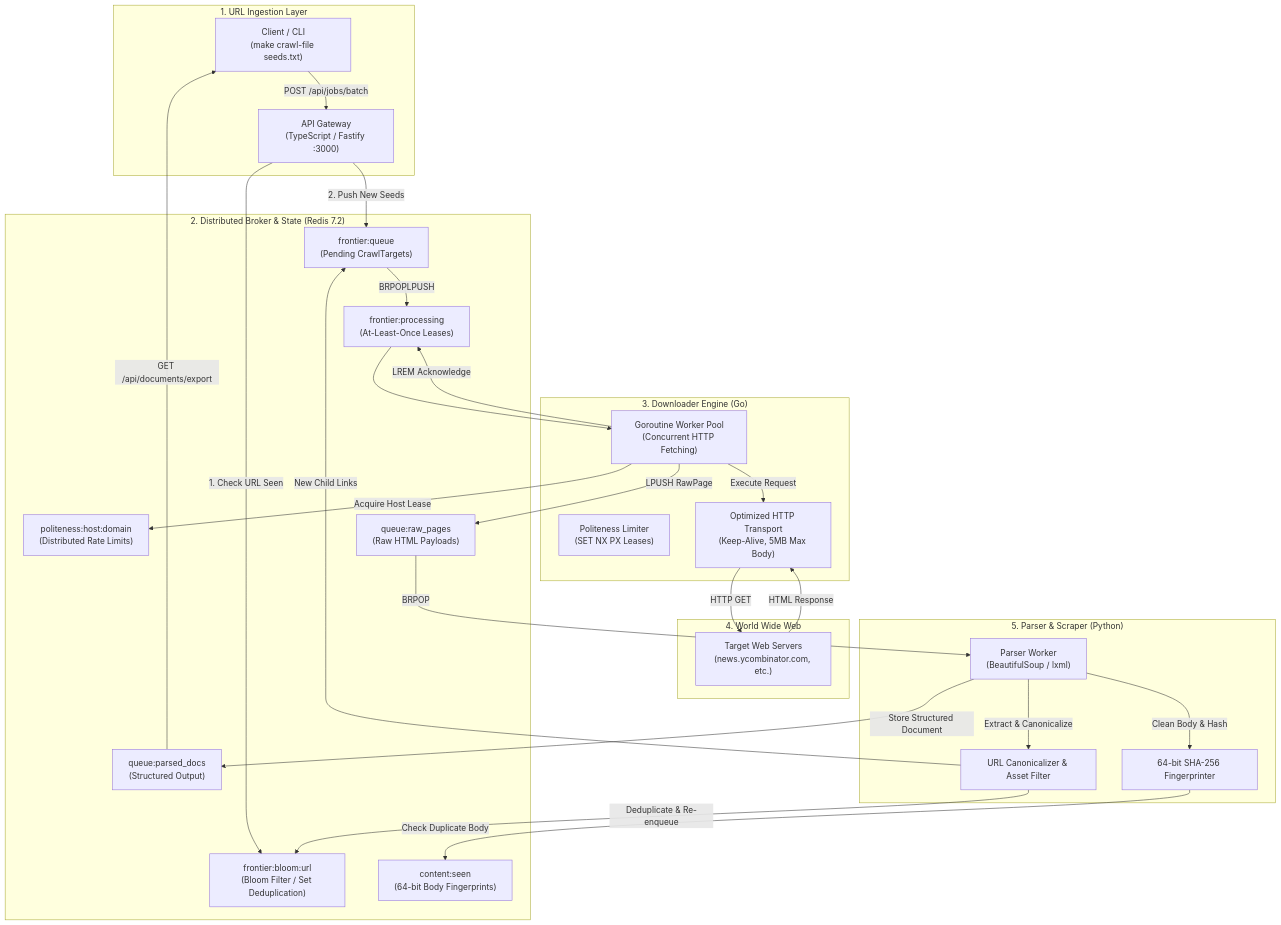
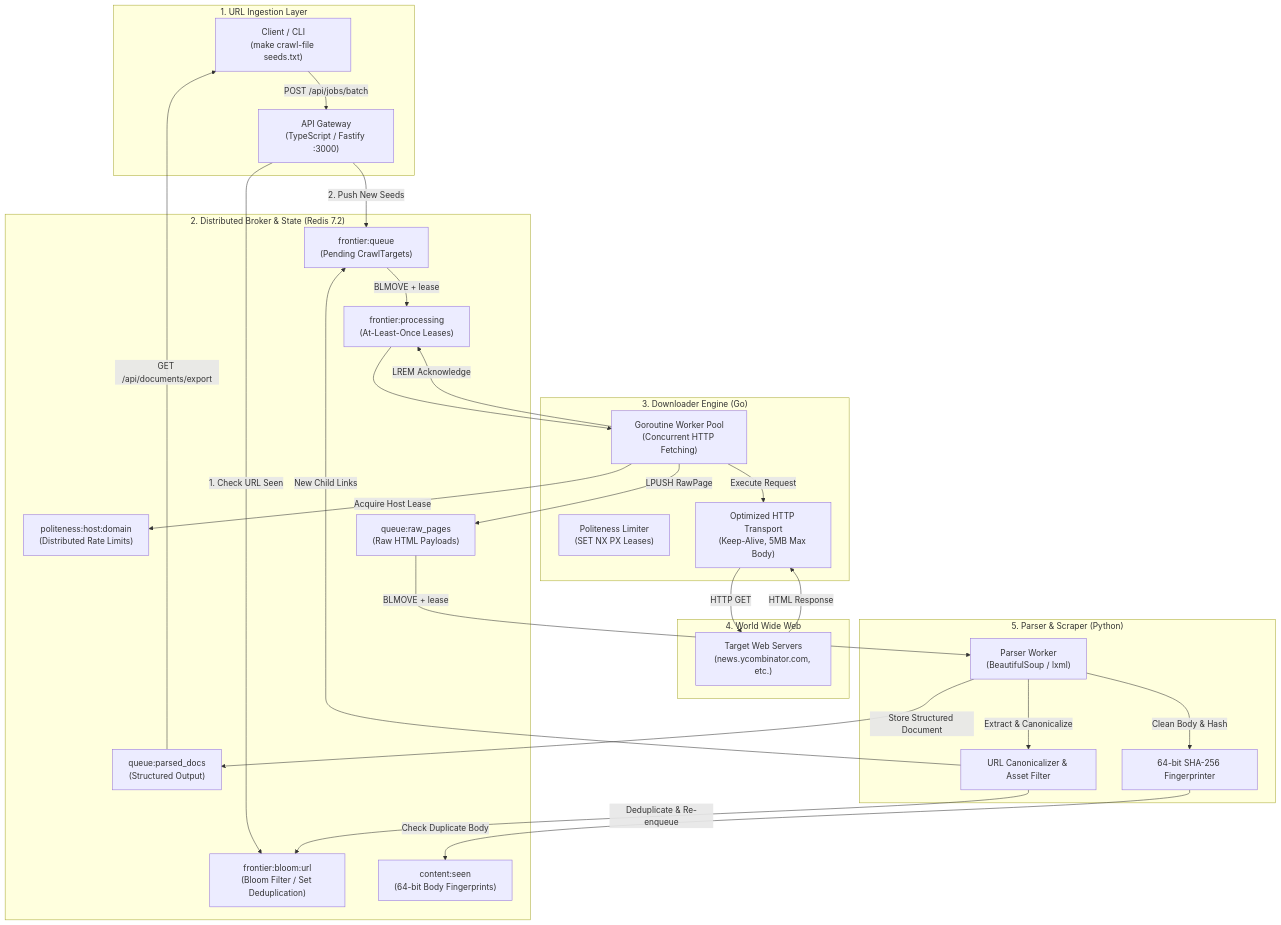
One commit to mahanmntz/webcrawlerhttp changed the first of 2 diagrams in README.md. Above: the diagram before and after it, drawn with Mermaid. The commit also changed other lines of this file and 7 other files, not shown here.

````diff
--- a/README.md
+++ b/README.md
@@ -25,59 +25,59 @@
 ```mermaid
 flowchart TD
     subgraph Ingestion ["1. URL Ingestion Layer"]
         Client["Client / CLI<br/>(make crawl-file seeds.txt)"]
         Gateway["API Gateway<br/>(TypeScript / Fastify :3000)"]
     end
 
     subgraph RedisBroker ["2. Distributed Broker & State (Redis 7.2)"]
         Bloom["frontier:bloom:url<br/>(Bloom Filter / Set Deduplication)"]
         FrontierQueue["frontier:queue<br/>(Pending CrawlTargets)"]
         ProcessingQueue["frontier:processing<br/>(At-Least-Once Leases)"]
         PolitenessKeys["politeness:host:domain<br/>(Distributed Rate Limits)"]
         RawPagesQueue["queue:raw_pages<br/>(Raw HTML Payloads)"]
         ContentSeen["content:seen<br/>(64-bit Body Fingerprints)"]
         ParsedDocsQueue["queue:parsed_docs<br/>(Structured Output)"]
     end
 
     subgraph Crawler ["3. Downloader Engine (Go)"]
         WorkerPool["Goroutine Worker Pool<br/>(Concurrent HTTP Fetching)"]
         PolitenessLimiter["Politeness Limiter<br/>(SET NX PX Leases)"]
         Transport["Optimized HTTP Transport<br/>(Keep-Alive, 5MB Max Body)"]
     end
 
     subgraph Web ["4. World Wide Web"]
         WebServers["Target Web Servers<br/>(news.ycombinator.com, etc.)"]
     end
 
     subgraph Scraper ["5. Parser & Scraper (Python)"]
         ParserWorker["Parser Worker<br/>(BeautifulSoup / lxml)"]
         Canonicalizer["URL Canonicalizer & Asset Filter"]
         Fingerprinter["64-bit SHA-256 Fingerprinter"]
     end
 
     Client -->|POST /api/jobs/batch| Gateway
     Gateway -->|1. Check URL Seen| Bloom
     Gateway -->|2. Push New Seeds| FrontierQueue
 
-    FrontierQueue -->|BRPOPLPUSH| ProcessingQueue
+    FrontierQueue -->|BLMOVE + lease| ProcessingQueue
     ProcessingQueue --> WorkerPool
 
     WorkerPool -->|Acquire Host Lease| PolitenessKeys
     WorkerPool -->|Execute Request| Transport
     Transport -->|HTTP GET| WebServers
     WebServers -->|HTML Response| Transport
 
     WorkerPool -->|LPUSH RawPage| RawPagesQueue
     WorkerPool -->|LREM Acknowledge| ProcessingQueue
 
-    RawPagesQueue -->|BRPOP| ParserWorker
+    RawPagesQueue -->|BLMOVE + lease| ParserWorker
     ParserWorker -->|Clean Body & Hash| Fingerprinter
     Fingerprinter -->|Check Duplicate Body| ContentSeen
 
     ParserWorker -->|Extract & Canonicalize| Canonicalizer
     Canonicalizer -->|Deduplicate & Re-enqueue| Bloom
     Canonicalizer -->|New Child Links| FrontierQueue
 
     ParserWorker -->|Store Structured Document| ParsedDocsQueue
     ParsedDocsQueue -->|GET /api/documents/export| Client
 ```
````
